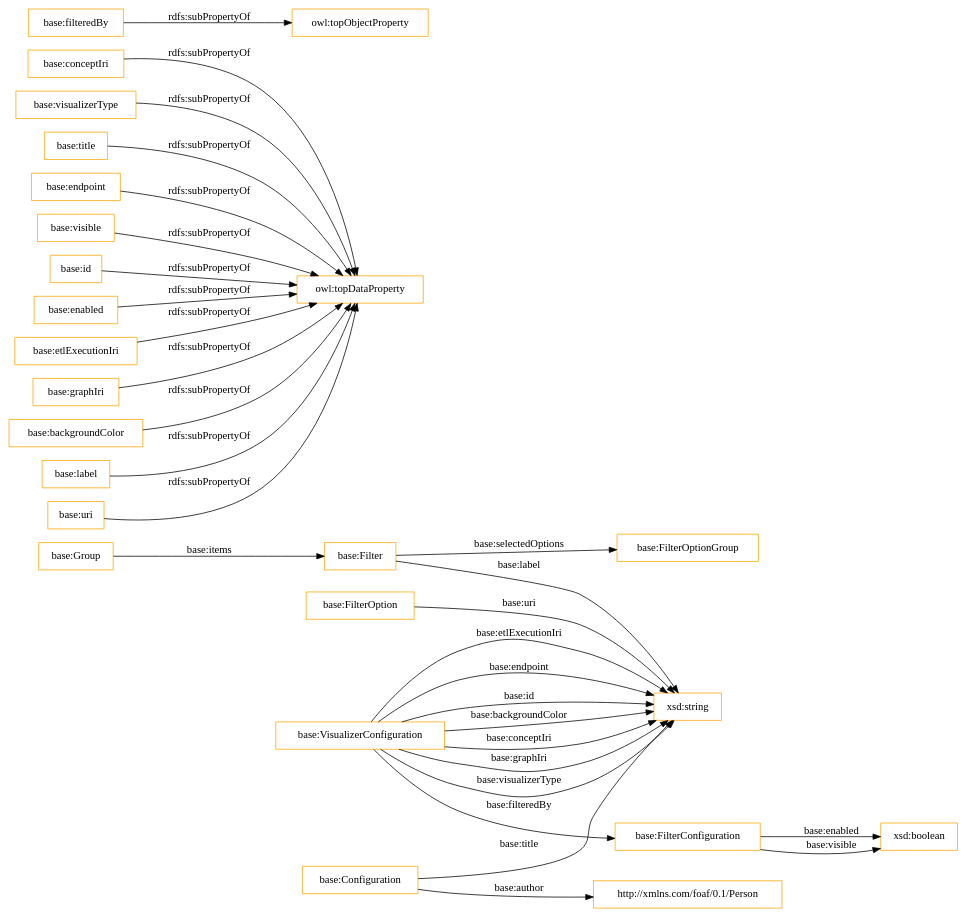
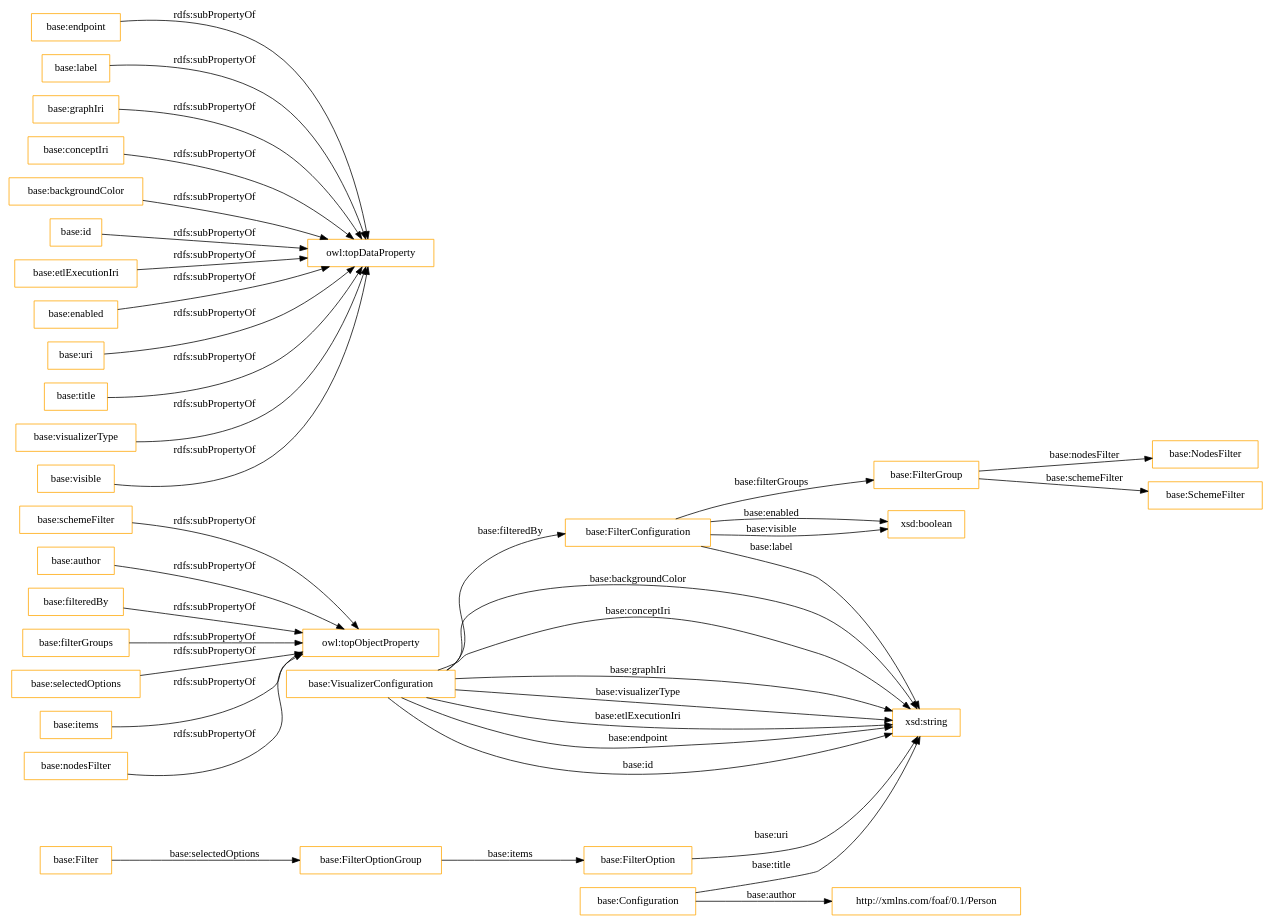
One commit to OnToologyUser/linkedpipes_applications_ontology changed the diagram in OnToology/lpapps.owl/diagrams/ar2dtool-class/lpapps.owl.png.dot. Above: the diagram before and after it, drawn with Graphviz. The commit also changed 13 other files, not shown here.

```diff
--- a/OnToology/lpapps.owl/diagrams/ar2dtool-class/lpapps.owl.png.dot
+++ b/OnToology/lpapps.owl/diagrams/ar2dtool-class/lpapps.owl.png.dot
@@ -1,35 +1,44 @@
 digraph ar2dtool_diagram { 
 rankdir=LR;
 size="1501"
-node [shape = rectangle, color="orange"]; "base:VisualizerConfiguration" "base:Group" "base:FilterOptionGroup" "base:FilterOption" "base:FilterConfiguration" "base:Filter" "base:Configuration" "http://xmlns.com/foaf/0.1/Person" ; /*classes style*/
+node [shape = rectangle, color="orange"]; "base:VisualizerConfiguration" "base:FilterGroup" "base:FilterOption" "base:NodesFilter" "base:FilterOptionGroup" "base:Filter" "base:SchemeFilter" "http://xmlns.com/foaf/0.1/Person" "base:FilterConfiguration" "base:Configuration" ; /*classes style*/
+	"base:schemeFilter" -> "owl:topObjectProperty" [ label = "rdfs:subPropertyOf" ];
+	"base:author" -> "owl:topObjectProperty" [ label = "rdfs:subPropertyOf" ];
+	"base:endpoint" -> "owl:topDataProperty" [ label = "rdfs:subPropertyOf" ];
+	"base:label" -> "owl:topDataProperty" [ label = "rdfs:subPropertyOf" ];
+	"base:graphIri" -> "owl:topDataProperty" [ label = "rdfs:subPropertyOf" ];
 	"base:conceptIri" -> "owl:topDataProperty" [ label = "rdfs:subPropertyOf" ];
+	"base:filteredBy" -> "owl:topObjectProperty" [ label = "rdfs:subPropertyOf" ];
+	"base:filterGroups" -> "owl:topObjectProperty" [ label = "rdfs:subPropertyOf" ];
+	"base:selectedOptions" -> "owl:topObjectProperty" [ label = "rdfs:subPropertyOf" ];
+	"base:backgroundColor" -> "owl:topDataProperty" [ label = "rdfs:subPropertyOf" ];
+	"base:id" -> "owl:topDataProperty" [ label = "rdfs:subPropertyOf" ];
+	"base:etlExecutionIri" -> "owl:topDataProperty" [ label = "rdfs:subPropertyOf" ];
+	"base:items" -> "owl:topObjectProperty" [ label = "rdfs:subPropertyOf" ];
+	"base:enabled" -> "owl:topDataProperty" [ label = "rdfs:subPropertyOf" ];
+	"base:uri" -> "owl:topDataProperty" [ label = "rdfs:subPropertyOf" ];
+	"base:nodesFilter" -> "owl:topObjectProperty" [ label = "rdfs:subPropertyOf" ];
+	"base:title" -> "owl:topDataProperty" [ label = "rdfs:subPropertyOf" ];
 	"base:visualizerType" -> "owl:topDataProperty" [ label = "rdfs:subPropertyOf" ];
-	"base:title" -> "owl:topDataProperty" [ label = "rdfs:subPropertyOf" ];
-	"base:endpoint" -> "owl:topDataProperty" [ label = "rdfs:subPropertyOf" ];
-	"base:filteredBy" -> "owl:topObjectProperty" [ label = "rdfs:subPropertyOf" ];
 	"base:visible" -> "owl:topDataProperty" [ label = "rdfs:subPropertyOf" ];
-	"base:id" -> "owl:topDataProperty" [ label = "rdfs:subPropertyOf" ];
-	"base:enabled" -> "owl:topDataProperty" [ label = "rdfs:subPropertyOf" ];
-	"base:etlExecutionIri" -> "owl:topDataProperty" [ label = "rdfs:subPropertyOf" ];
-	"base:graphIri" -> "owl:topDataProperty" [ label = "rdfs:subPropertyOf" ];
-	"base:backgroundColor" -> "owl:topDataProperty" [ label = "rdfs:subPropertyOf" ];
-	"base:label" -> "owl:topDataProperty" [ label = "rdfs:subPropertyOf" ];
-	"base:uri" -> "owl:topDataProperty" [ label = "rdfs:subPropertyOf" ];
 	"base:VisualizerConfiguration" -> "base:FilterConfiguration" [ label = "base:filteredBy" ];
 	"base:FilterOption" -> "xsd:string" [ label = "base:uri" ];
+	"base:VisualizerConfiguration" -> "xsd:string" [ label = "base:backgroundColor" ];
 	"base:Configuration" -> "xsd:string" [ label = "base:title" ];
-	"base:VisualizerConfiguration" -> "xsd:string" [ label = "base:backgroundColor" ];
-	"base:Group" -> "base:Filter" [ label = "base:items" ];
+	"base:FilterOptionGroup" -> "base:FilterOption" [ label = "base:items" ];
+	"base:FilterConfiguration" -> "base:FilterGroup" [ label = "base:filterGroups" ];
 	"base:VisualizerConfiguration" -> "xsd:string" [ label = "base:conceptIri" ];
+	"base:FilterGroup" -> "base:NodesFilter" [ label = "base:nodesFilter" ];
 	"base:FilterConfiguration" -> "xsd:boolean" [ label = "base:enabled" ];
+	"base:FilterGroup" -> "base:SchemeFilter" [ label = "base:schemeFilter" ];
 	"base:VisualizerConfiguration" -> "xsd:string" [ label = "base:graphIri" ];
 	"base:VisualizerConfiguration" -> "xsd:string" [ label = "base:visualizerType" ];
 	"base:VisualizerConfiguration" -> "xsd:string" [ label = "base:etlExecutionIri" ];
-	"base:Filter" -> "xsd:string" [ label = "base:label" ];
+	"base:FilterConfiguration" -> "xsd:string" [ label = "base:label" ];
 	"base:VisualizerConfiguration" -> "xsd:string" [ label = "base:endpoint" ];
 	"base:VisualizerConfiguration" -> "xsd:string" [ label = "base:id" ];
 	"base:Filter" -> "base:FilterOptionGroup" [ label = "base:selectedOptions" ];
 	"base:Configuration" -> "http://xmlns.com/foaf/0.1/Person" [ label = "base:author" ];
 	"base:FilterConfiguration" -> "xsd:boolean" [ label = "base:visible" ];
 
 }
```
